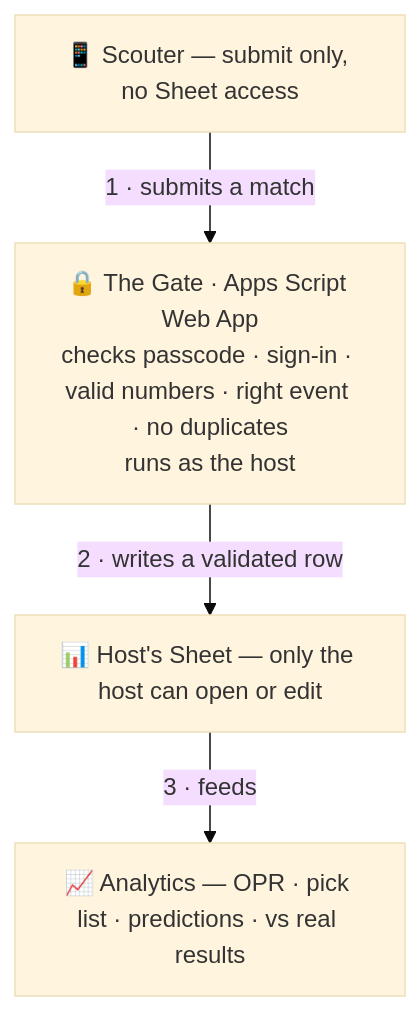
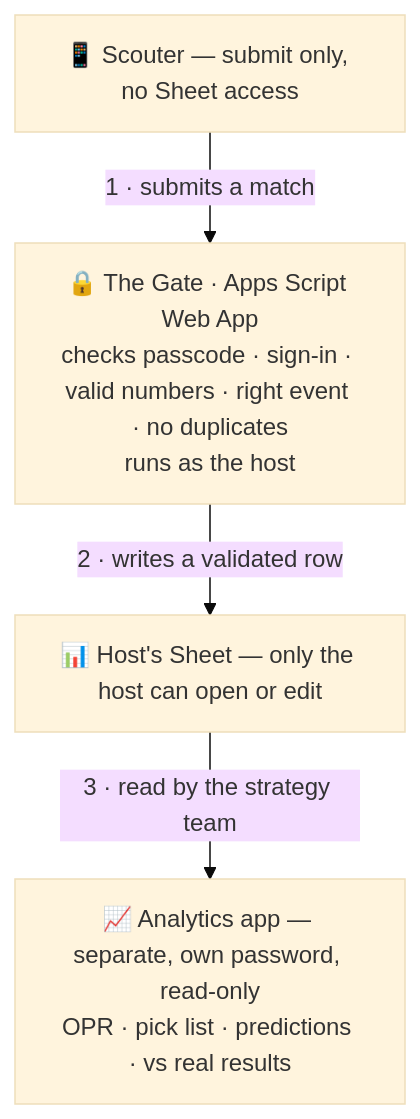
The diagram in HOW-TO-USE.md (CodeTeamsHere/bobcat-scout), drawn with Mermaid (base theme) before and after one commit. The commit also changed other lines of this file and 12 other files, not shown here.

````diff
--- a/HOW-TO-USE.md
+++ b/HOW-TO-USE.md
@@ -48,10 +49,10 @@
 ```mermaid
 flowchart TD
     S["📱 Scouter — submit only, no Sheet access"]
     G["🔒 The Gate · Apps Script Web App<br/>checks passcode · sign-in · valid numbers · right event · no duplicates<br/>runs as the host"]
     SH["📊 Host's Sheet — only the host can open or edit"]
-    A["📈 Analytics — OPR · pick list · predictions · vs real results"]
+    A["📈 Analytics app — separate, own password, read-only<br/>OPR · pick list · predictions · vs real results"]
     S -->|"1 · submits a match"| G
     G -->|"2 · writes a validated row"| SH
-    SH -->|"3 · feeds"| A
+    SH -->|"3 · read by the strategy team"| A
 ```
````
